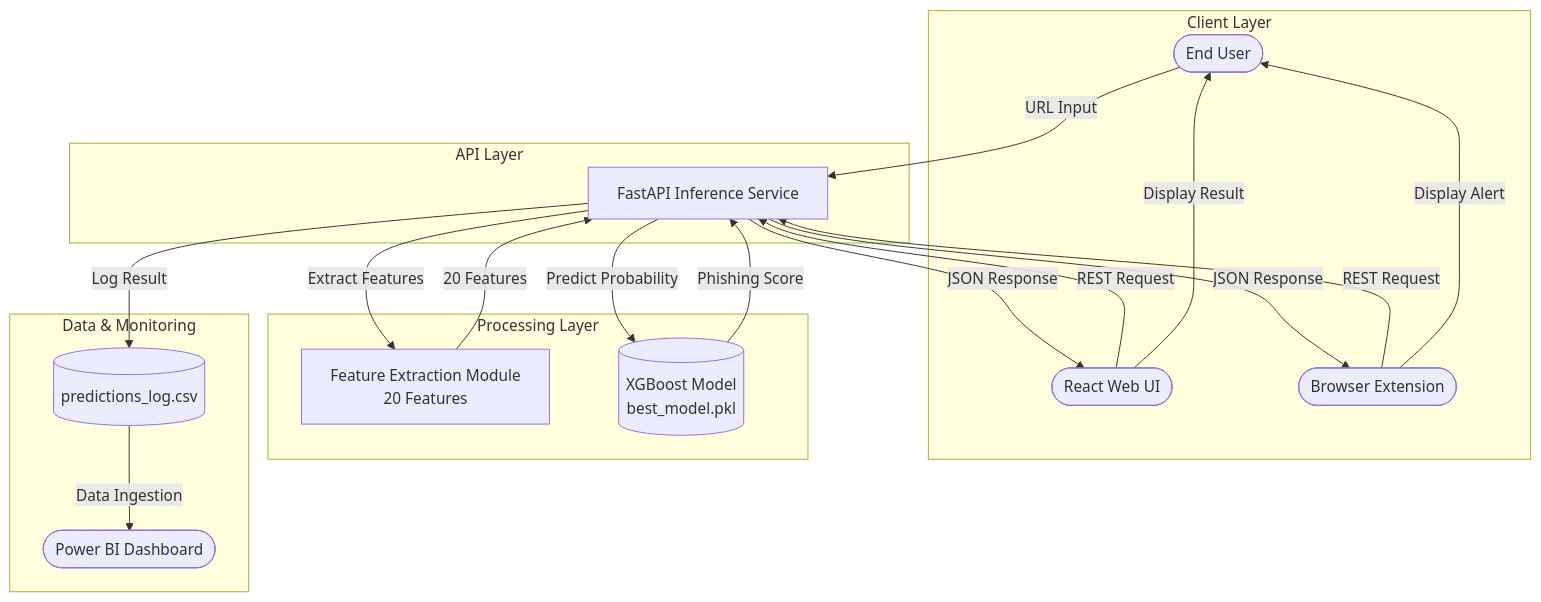
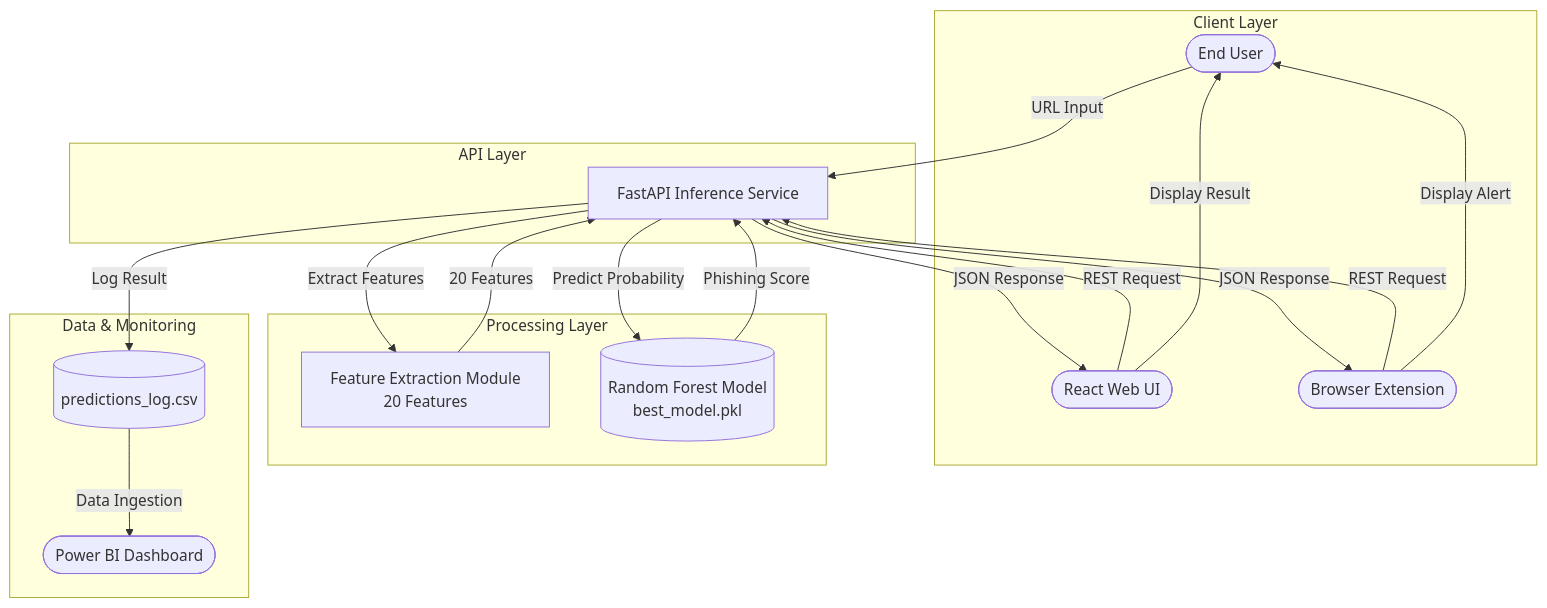
Before and after one commit to darekarbro/ML-Based-Phishing-URL-Detection: the diagram in Docs/Architecture.md, drawn with Mermaid. The commit also changed other lines of this file and 2 other files, not shown here.

````diff
--- a/Docs/Architecture.md
+++ b/Docs/Architecture.md
@@ -9,38 +9,38 @@
 ```mermaid
 graph TB
     subgraph "Client Layer"
         User([End User])
         WebUI([React Web UI])
         Extension([Browser Extension])
     end
     
     subgraph "API Layer"
         API[FastAPI Inference Service]
     end
     
     subgraph "Processing Layer"
         FE[Feature Extraction Module<br/>20 Features]
-        Model[(XGBoost Model<br/>best_model.pkl)]
+        Model[(Random Forest Model<br/>best_model.pkl)]
     end
     
     subgraph "Data & Monitoring"
         CSV[(predictions_log.csv)]
         PowerBI([Power BI Dashboard])
     end
     
     User -->|URL Input| API
     WebUI -->|REST Request| API
     Extension -->|REST Request| API
     
     API -->|Extract Features| FE
     FE -->|20 Features| API
     API -->|Predict Probability| Model
     Model -->|Phishing Score| API
     
     API -->|Log Result| CSV
     CSV -->|Data Ingestion| PowerBI
     API -->|JSON Response| WebUI
     API -->|JSON Response| Extension
     WebUI -->|Display Result| User
     Extension -->|Display Alert| User
 ```
````
